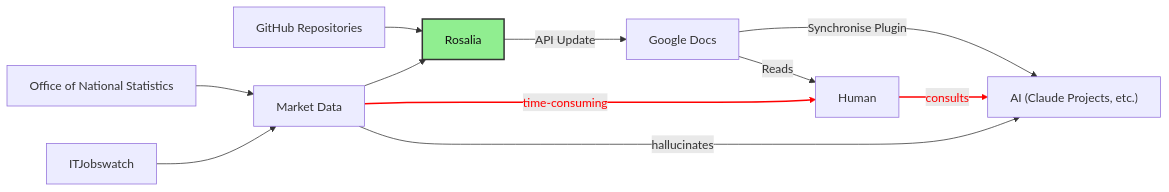
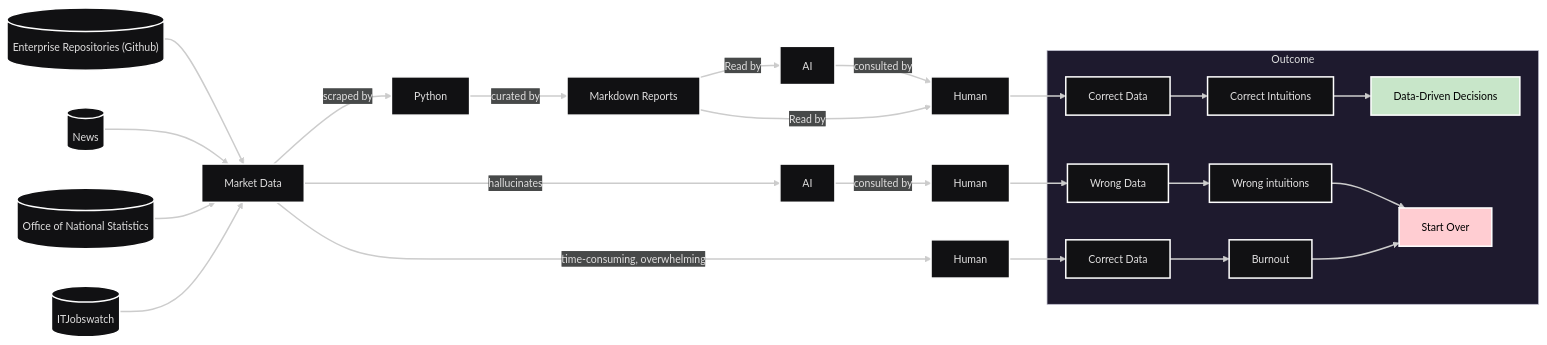
Before and after one commit to lmcrean/research-enterprise-codebases: the diagram in README.md, drawn with Mermaid. The commit also changed other lines of this file, not shown here.

````diff
--- a/README.md
+++ b/README.md
@@ -34,16 +34,49 @@
 ```mermaid
+---
+config:
+  theme: redux-dark
+---
 flowchart LR
-    A["GitHub Repositories"] --> B["Rosalia"]
-    F["Office of National Statistics"] --> E["Market Data"]
+ subgraph s1["Outcome"]
+        Y["Correct Intuitions"]
+        n1["Correct Data"]
+        n2["Data-Driven Decisions"]
+        n3["Start Over"]
+        n4["Correct Data"]
+        n5["Burnout"]
+  end
+ subgraph s1["Outcome"]
+        X["Wrong intuitions"]
+        W["Wrong Data"]
+  end
+    A["Enterprise Repositories (Github)"] --> E["Market Data"]
+    A2["News"] --> E
+    F["Office of National Statistics"] --> E
     G["ITJobswatch"] --> E
-    E --> B
-    B -- "API Update" --> C["Google Docs"]
-    C -- "Reads" --> H["Human"]
-    C -- "Synchronise Plugin" --> D["AI (Claude Projects, etc.)"]
-    H -- "consults" --> D
-    E -- "time-consuming" --> H
-    E -- "hallucinates" --> D
-    style B fill:#90ee90,stroke:#333,stroke-width:2px,color:#111111
-    linkStyle 7 stroke:#ff0000,stroke-width:2px,color:#ff0000
-    linkStyle 8 stroke:#ff0000,stroke-width:2px,color:#ff0000
+    E -- scraped by --> B["Python"]
+    B -- curated by --> Z["Markdown Reports"]
+    AI1["AI"] -- consulted by --> H["Human"]
+    AI2["AI"] -- consulted by --> H2["Human"]
+    E -- "time-consuming, overwhelming" --> H3["Human"]
+    E -- hallucinates --> AI2
+    H3 --> n4
+    H2 --> W
+    Z -- Read by --> H & AI1
+    W --> X
+    H --> n1
+    n1 --> Y
+    X --> n3
+    Y --> n2
+    n4 --> n5
+    n5 --> n3
+    n4@{ shape: rect}
+    n5@{ shape: rect}
+    A@{ shape: cyl}
+    E@{ shape: rect}
+    A2@{ shape: cyl}
+    F@{ shape: cyl}
+    G@{ shape: cyl}
+    style n2 fill:#C8E6C9,color:#000000
+    style n3 fill:#FFCDD2,color:#000000
+
 ```
````
